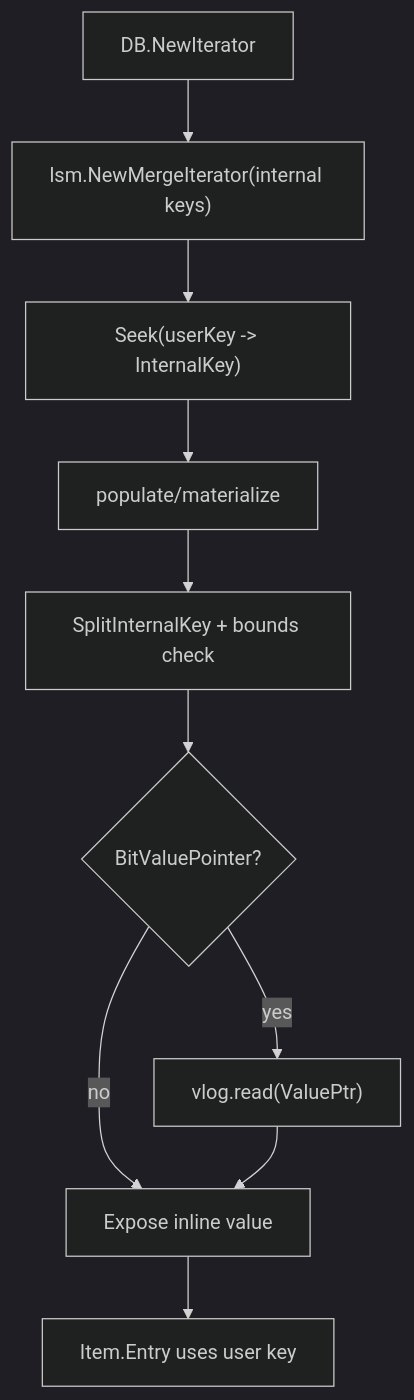
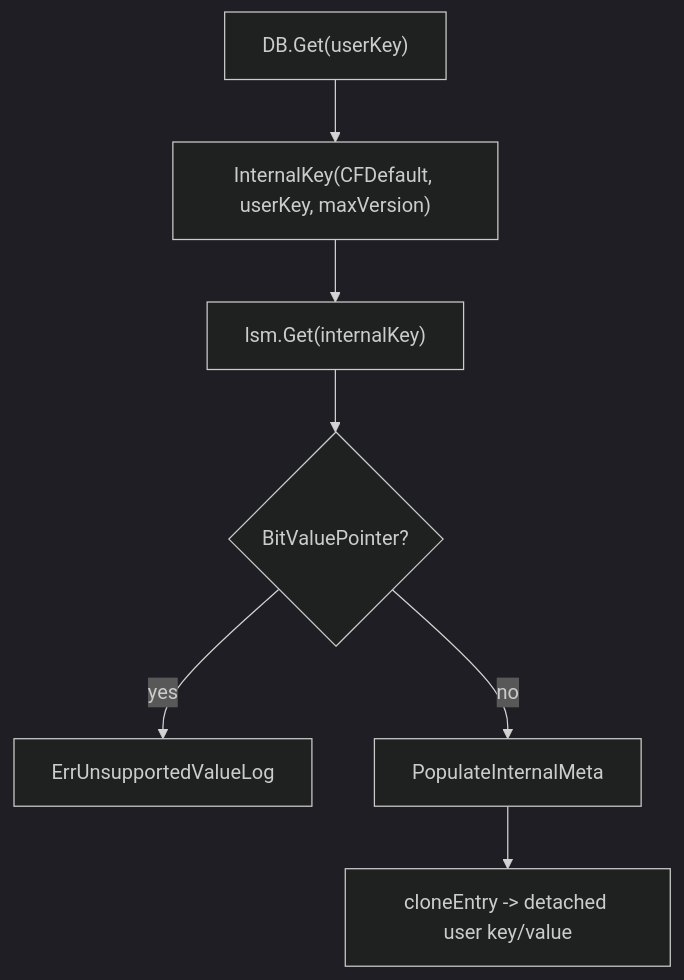
The second of 3 diagrams in docs/runtime.md (feichai0017/NoKV), drawn with Mermaid (dark theme) before and after one commit. The commit also changed other lines of this file and 111 other files, not shown here.

First line of the commit message:
refactor(engine): remove value log

````diff
--- a/docs/runtime.md
+++ b/docs/runtime.md
@@ -126,12 +59,9 @@
 ```mermaid
 flowchart TD
-  A["DB.NewIterator"] --> B["lsm.NewMergeIterator(internal keys)"]
-  B --> C["Seek(userKey -> InternalKey)"]
-  C --> D["populate/materialize"]
-  D --> E["SplitInternalKey + bounds check"]
-  E --> F{"BitValuePointer?"}
-  F -- no --> G["Expose inline value"]
-  F -- yes --> H["vlog.read(ValuePtr)"]
-  H --> G
-  G --> I["Item.Entry uses user key"]
+  A["DB.Get(userKey)"] --> B["InternalKey(CFDefault, userKey, maxVersion)"]
+  B --> C["lsm.Get(internalKey)"]
+  C --> D{"BitValuePointer?"}
+  D -- yes --> E["ErrUnsupportedValueLog"]
+  D -- no --> F["PopulateInternalMeta"]
+  F --> G["cloneEntry -> detached user key/value"]
 ```
````
